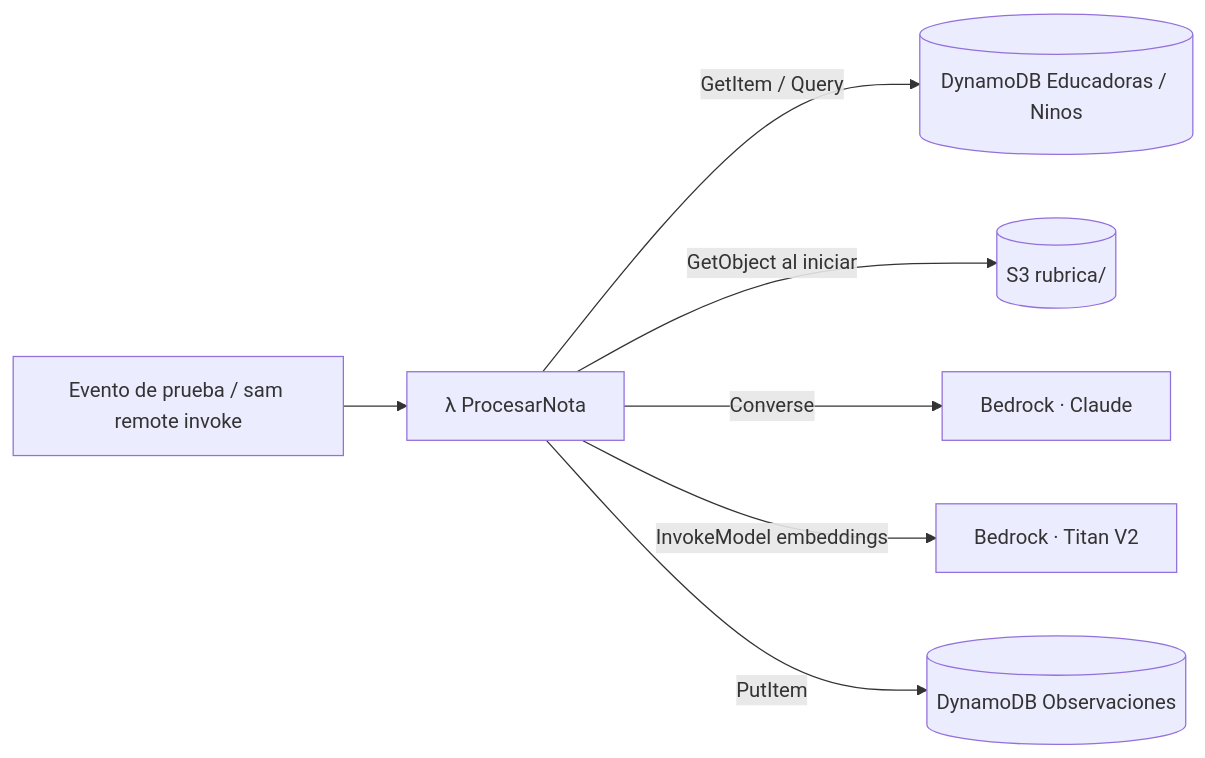
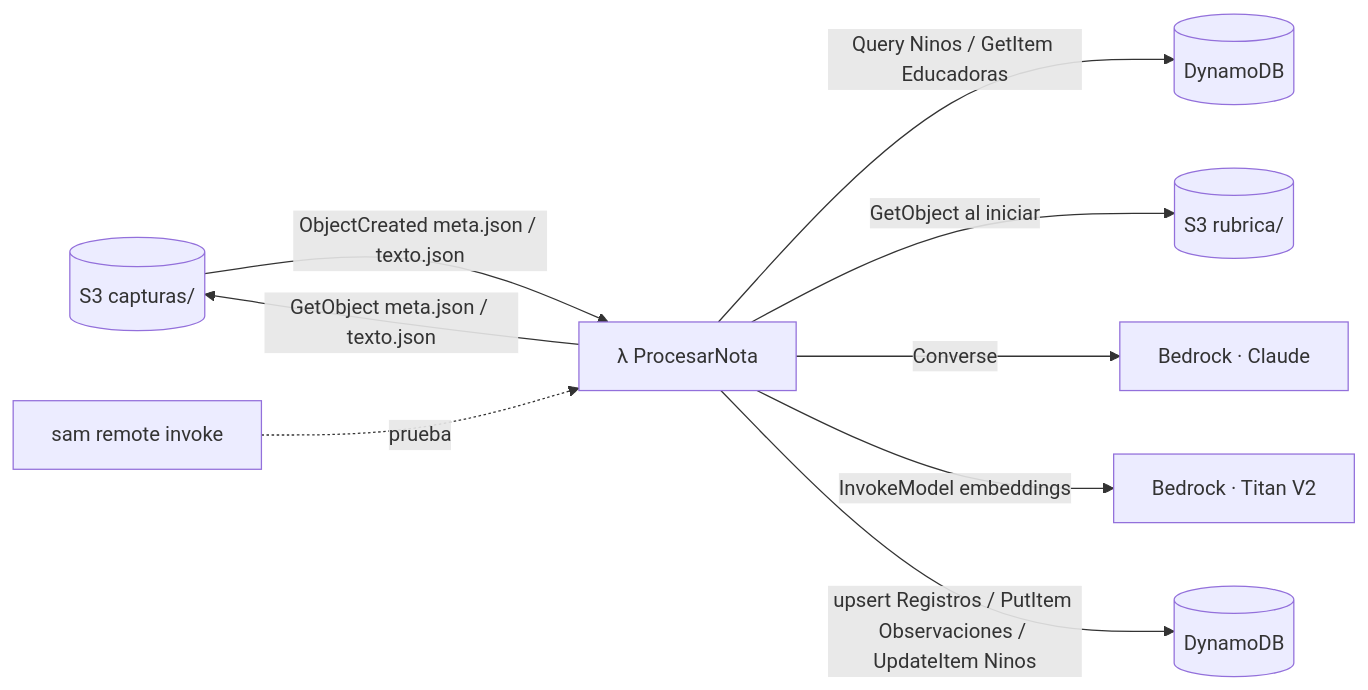
Before and after one commit to BastiCan/Hackathon: the diagram in integra-backend/.kiro/specs/backend-observaciones/design.md, drawn with Mermaid. The commit also changed other lines of this file and 9 other files, not shown here.

Commit message:
tarea 8c: datos AWS - tablas Jardines/Registros, GSIs porJardin/porSala/porNino, sala_key/orden/origen/archivo_s3 en Observaciones, upsert_registro y UpdateItem en Ninos (ultima_obs_fecha/ultimo_nivel); config con TABLA_JARDINES/TABLA_REGISTROS/BUCKET_CAPTURAS; tests de serializacion y claves

````diff
--- a/integra-backend/.kiro/specs/backend-observaciones/design.md
+++ b/integra-backend/.kiro/specs/backend-observaciones/design.md
@@ -8,9 +9,11 @@
 ```mermaid
 flowchart LR
-  EV[Evento de prueba / sam remote invoke] --> L[λ ProcesarNota]
-  L -->|GetItem / Query| DE[(DynamoDB Educadoras / Ninos)]
-  L -->|GetObject al iniciar| S3[(S3 rubrica/)]
+  S3C[(S3 capturas/)] -->|ObjectCreated meta.json / texto.json| L[λ ProcesarNota]
+  EV[sam remote invoke] -.prueba.-> L
+  L -->|GetObject meta.json / texto.json| S3C
+  L -->|Query Ninos / GetItem Educadoras| DE[(DynamoDB)]
+  L -->|GetObject al iniciar| S3R[(S3 rubrica/)]
   L -->|Converse| BR[Bedrock · Claude]
   L -->|InvokeModel embeddings| BE[Bedrock · Titan V2]
-  L -->|PutItem| DO[(DynamoDB Observaciones)]
+  L -->|upsert Registros / PutItem Observaciones / UpdateItem Ninos| DO[(DynamoDB)]
 ```
````
